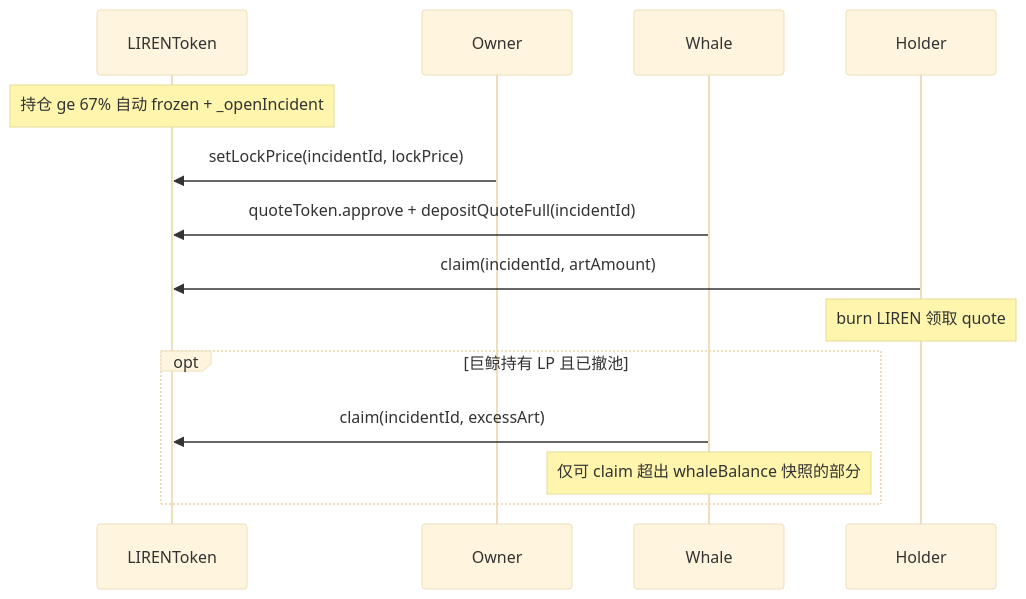
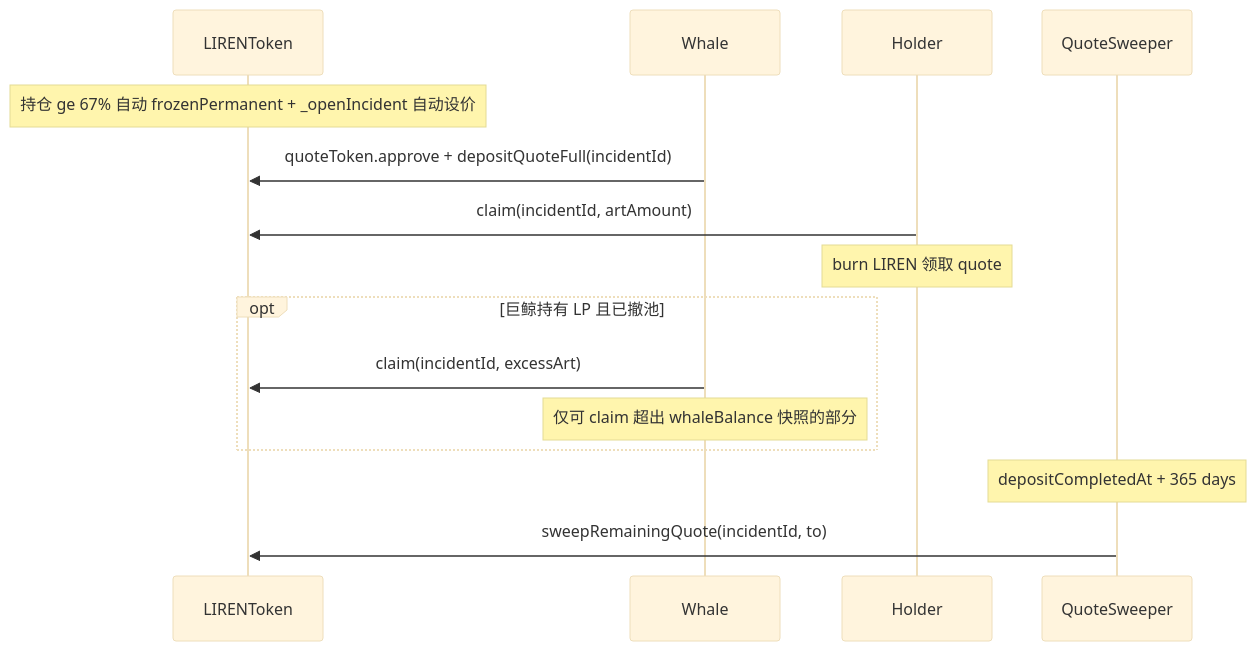
Before and after one commit to yuanfa0620/audit-liren-contract: the second of 3 diagrams in README.md, drawn with Mermaid (base theme). The commit also changed other lines of this file and 2 other files, not shown here.

````diff
--- a/README.md
+++ b/README.md
@@ -143,17 +161,18 @@
 ```mermaid
 sequenceDiagram
     participant Token as LIRENToken
-    participant Owner
     participant Whale
     participant Holder
+    participant Sweeper as QuoteSweeper
 
-    Note over Token: 持仓 ge 67% 自动 frozen + _openIncident
-    Owner->>Token: setLockPrice(incidentId, lockPrice)
+    Note over Token: 持仓 ge 67% 自动 frozenPermanent + _openIncident 自动设价
     Whale->>Token: quoteToken.approve + depositQuoteFull(incidentId)
     Holder->>Token: claim(incidentId, artAmount)
     Note over Holder: burn LIREN 领取 quote
     opt 巨鲸持有 LP 且已撤池
         Whale->>Token: claim(incidentId, excessArt)
         Note over Whale: 仅可 claim 超出 whaleBalance 快照的部分
     end
+    Note over Sweeper: depositCompletedAt + 365 days
+    Sweeper->>Token: sweepRemainingQuote(incidentId, to)
 ```
````
